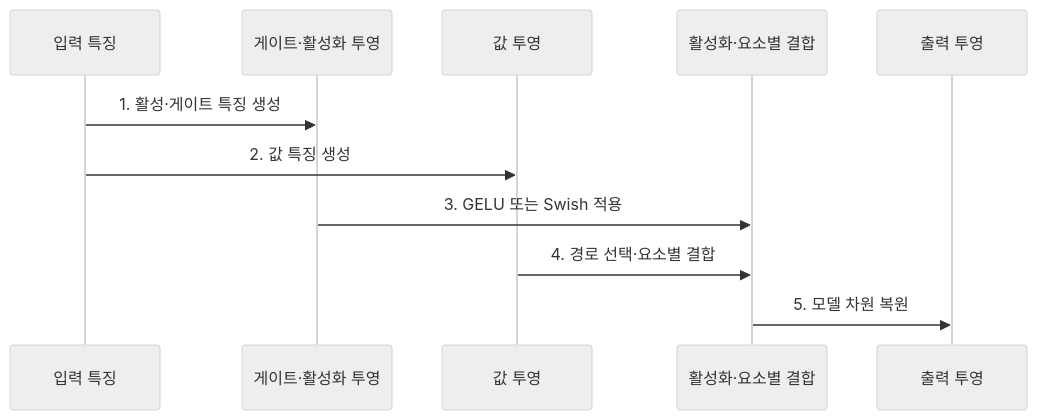
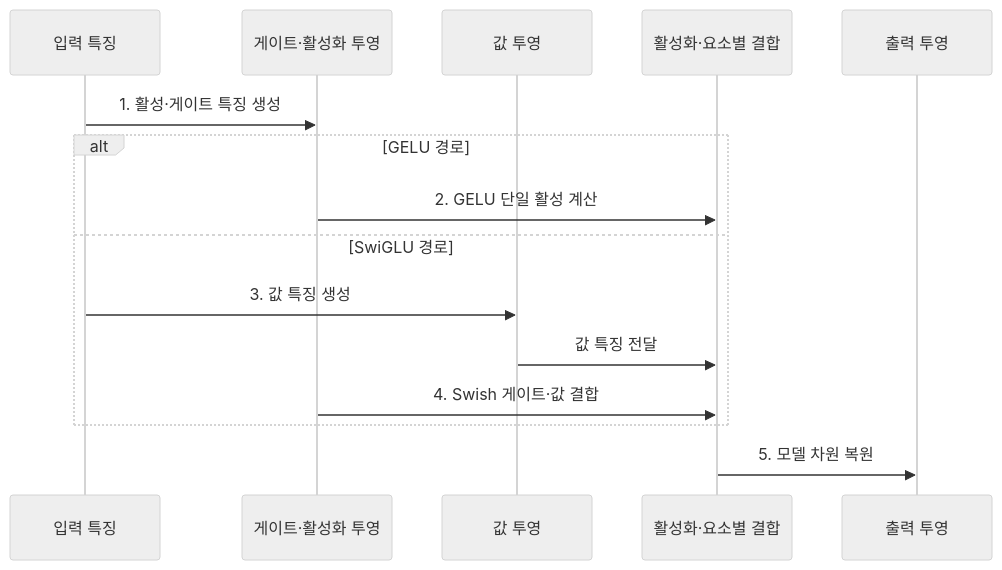
One commit to agnusdei1207/knowledge-base changed the second of 2 diagrams in src/content/docs/notes/08-latest-tech/226_swiglu_vs_gelu_activation.md. Above: the diagram before and after it, drawn with Mermaid (neutral theme). The commit also changed other lines of this file and 6 other files, not shown here.

````diff
--- a/src/content/docs/notes/08-latest-tech/226_swiglu_vs_gelu_activation.md
+++ b/src/content/docs/notes/08-latest-tech/226_swiglu_vs_gelu_activation.md
@@ -77,13 +77,17 @@
 ```mermaid
 sequenceDiagram
   participant I as 입력 특징
   participant G as 게이트·활성화 투영
   participant V as 값 투영
   participant C as 활성화·요소별 결합
   participant O as 출력 투영
   I->>G: 1. 활성·게이트 특징 생성
-  I->>V: 2. 값 특징 생성
-  G->>C: 3. GELU 또는 Swish 적용
-  V->>C: 4. 경로 선택·요소별 결합
+  alt GELU 경로
+    G->>C: 2. GELU 단일 활성 계산
+  else SwiGLU 경로
+    I->>V: 3. 값 특징 생성
+    V->>C: 값 특징 전달
+    G->>C: 4. Swish 게이트·값 결합
+  end
   C->>O: 5. 모델 차원 복원
 ```
````
